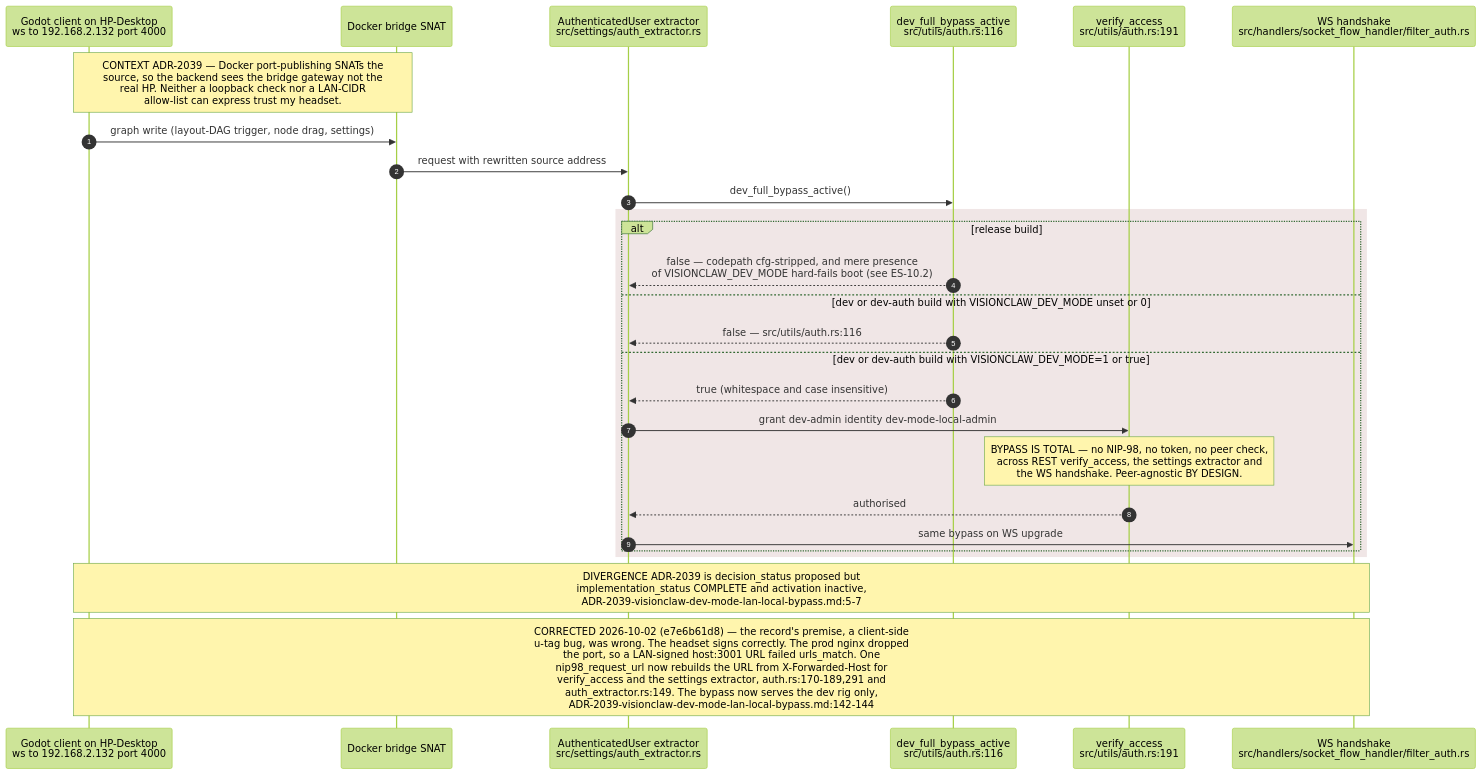
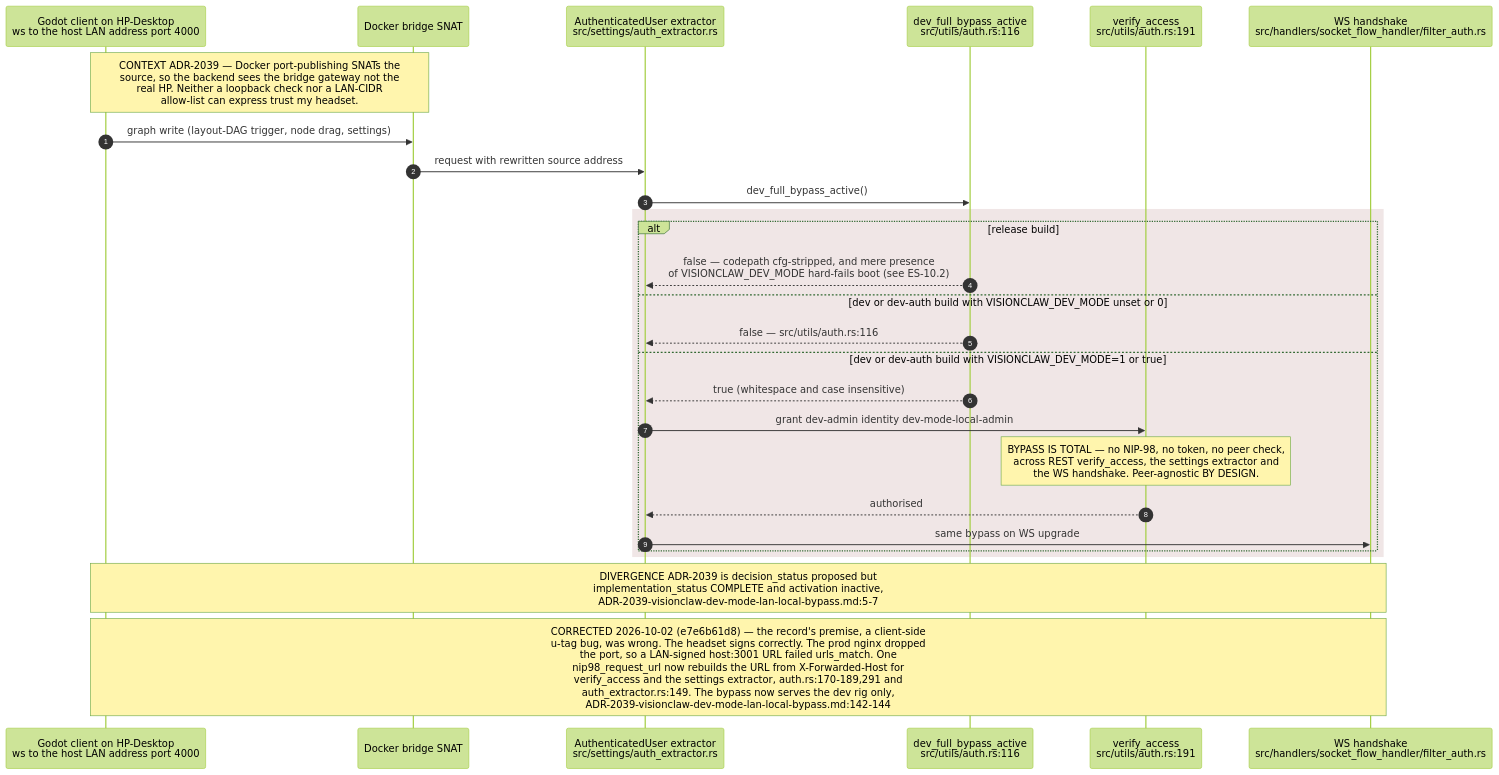
Before and after one commit to DreamLab-AI/VisionFlow: the sixth of 11 diagrams in docs/diagrams/estate/10-deployment-and-security-profiles.md, drawn with Mermaid (forest theme). The commit also changed 36 other files, not shown here.

First line of the commit message:
docs(diagrams): re-derive and re-stamp agentbox, dream-engine, visioncraft, visiontouch and vowl topics; drop LAN addresses

````diff
--- a/docs/diagrams/estate/10-deployment-and-security-profiles.md
+++ b/docs/diagrams/estate/10-deployment-and-security-profiles.md
@@ -266,30 +266,30 @@
 ```mermaid
 sequenceDiagram
     autonumber
-    participant HP as Godot client on HP-Desktop<br/>ws to 192.168.2.132 port 4000
+    participant HP as Godot client on HP-Desktop<br/>ws to the host LAN address port 4000
     participant DK as Docker bridge SNAT
     participant AX as AuthenticatedUser extractor<br/>src/settings/auth_extractor.rs
     participant DB as dev_full_bypass_active<br/>src/utils/auth.rs:116
     participant VA as verify_access<br/>src/utils/auth.rs:191
     participant WS as WS handshake<br/>src/handlers/socket_flow_handler/filter_auth.rs
 
     Note over HP,DK: CONTEXT ADR-2039 — Docker port-publishing SNATs the<br/>source, so the backend sees the bridge gateway not the<br/>real HP. Neither a loopback check nor a LAN-CIDR<br/>allow-list can express trust my headset.
     HP->>DK: graph write (layout-DAG trigger, node drag, settings)
     DK->>AX: request with rewritten source address
     AX->>DB: dev_full_bypass_active()
     rect rgb(240,230,230)
     alt release build
         DB-->>AX: false — codepath cfg-stripped, and mere presence<br/>of VISIONCLAW_DEV_MODE hard-fails boot (see ES-10.2)
     else dev or dev-auth build with VISIONCLAW_DEV_MODE unset or 0
         DB-->>AX: false — src/utils/auth.rs:116
     else dev or dev-auth build with VISIONCLAW_DEV_MODE=1 or true
         DB-->>AX: true (whitespace and case insensitive)
         AX->>VA: grant dev-admin identity dev-mode-local-admin
         Note over VA: BYPASS IS TOTAL — no NIP-98, no token, no peer check,<br/>across REST verify_access, the settings extractor and<br/>the WS handshake. Peer-agnostic BY DESIGN.
         VA-->>AX: authorised
         AX->>WS: same bypass on WS upgrade
     end
     end
     Note over HP,WS: DIVERGENCE ADR-2039 is decision_status proposed but<br/>implementation_status COMPLETE and activation inactive,<br/>ADR-2039-visionclaw-dev-mode-lan-local-bypass.md:5-7
     Note over HP,WS: CORRECTED 2026-10-02 (e7e6b61d8) — the record's premise, a client-side<br/>u-tag bug, was wrong. The headset signs correctly. The prod nginx dropped<br/>the port, so a LAN-signed host:3001 URL failed urls_match. One<br/>nip98_request_url now rebuilds the URL from X-Forwarded-Host for<br/>verify_access and the settings extractor, auth.rs:170-189,291 and<br/>auth_extractor.rs:149. The bypass now serves the dev rig only,<br/>ADR-2039-visionclaw-dev-mode-lan-local-bypass.md:142-144
 ```
````
